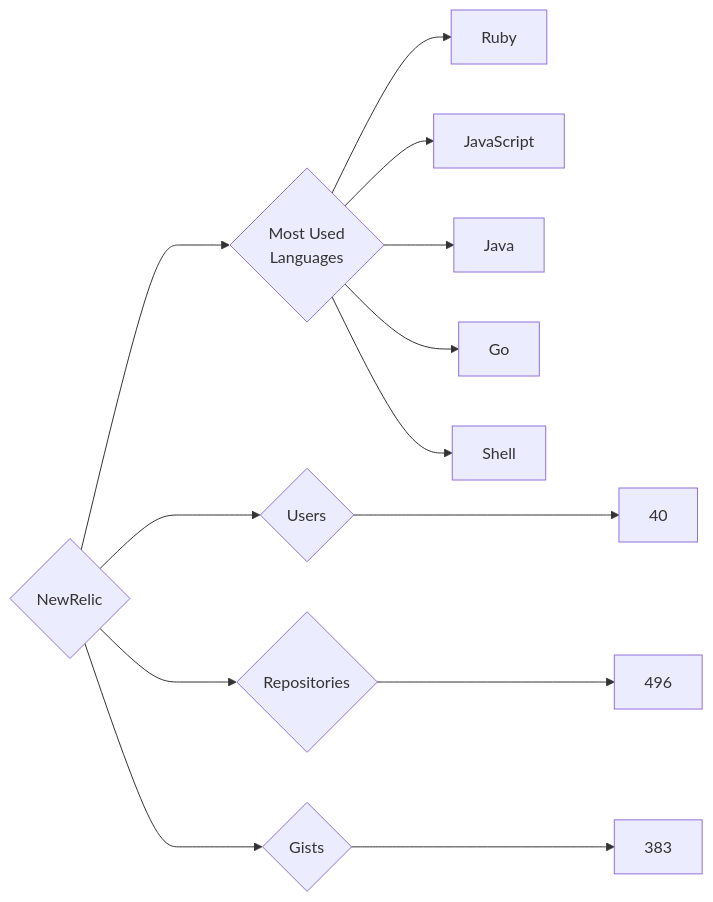
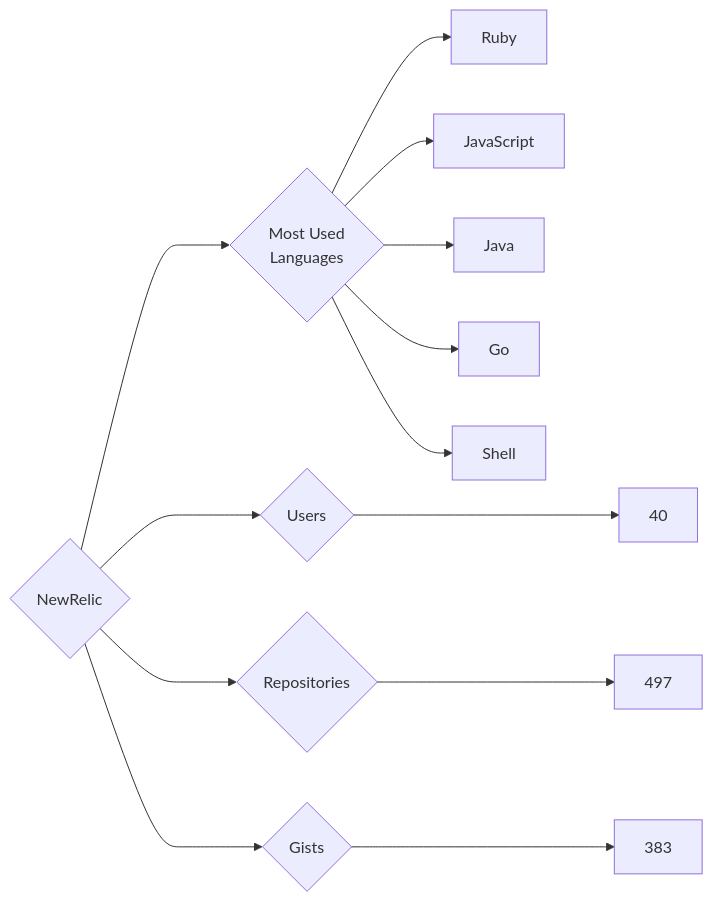
Before and after one commit to trickest/insiders: the diagram in targets/NewRelic/README.md, drawn with Mermaid. The commit also changed 833 other files, not shown here.

````diff
--- a/targets/NewRelic/README.md
+++ b/targets/NewRelic/README.md
@@ -3,13 +3,13 @@
 ```mermaid
 graph LR
 COMPANY_NAME{NewRelic}
 COMPANY_NAME ---> U{Users} ---> UN[40]
-COMPANY_NAME ---> R{Repositories} ---> RN[496]
+COMPANY_NAME ---> R{Repositories} ---> RN[497]
 COMPANY_NAME ---> G{Gists} ---> GN[383]
 COMPANY_NAME ---> ML{Most Used<br>Languages}
 ML --> Ruby[Ruby]
 ML --> JavaScript[JavaScript]
 ML --> Java[Java]
 ML --> Go[Go]
 ML --> Shell[Shell]
 ```
````
